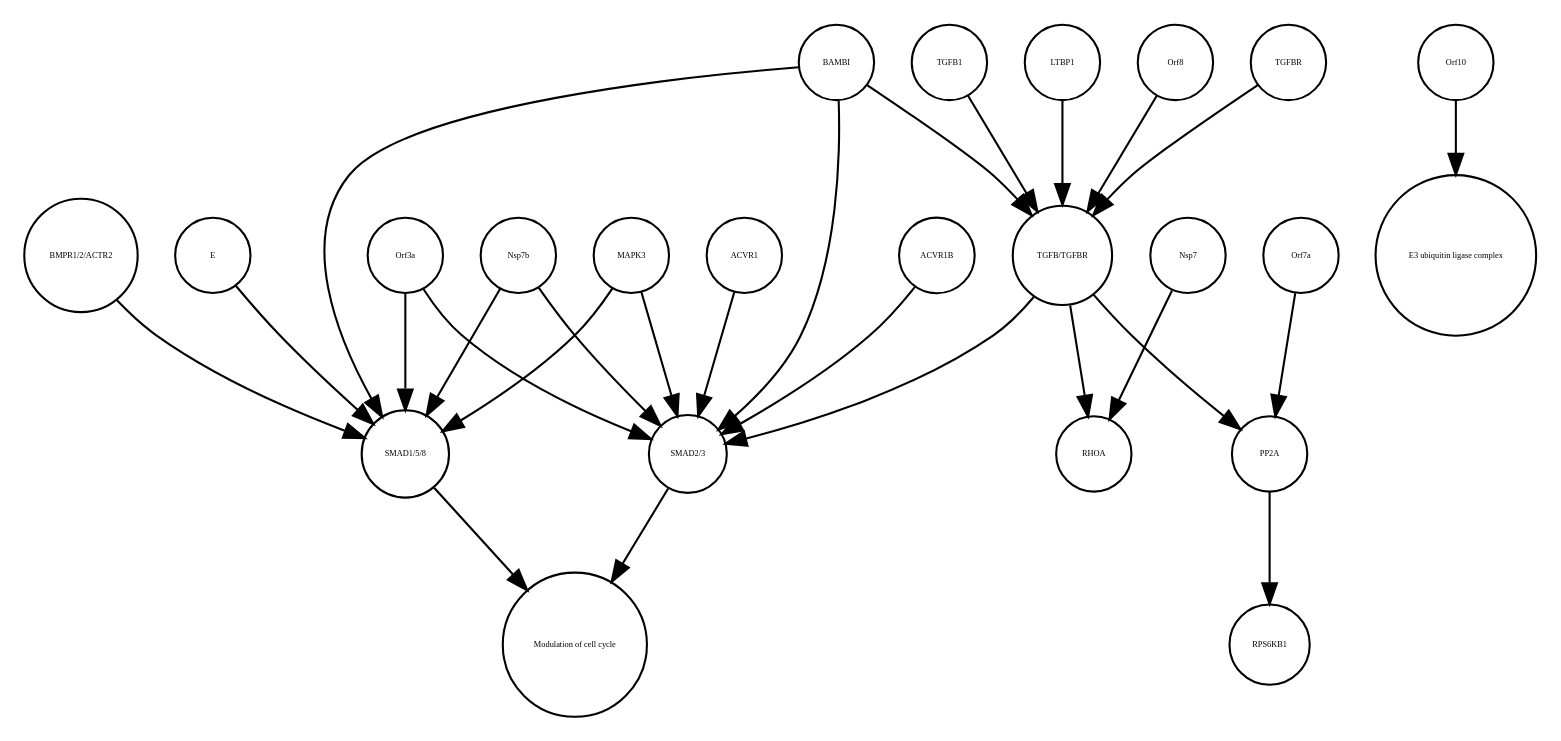
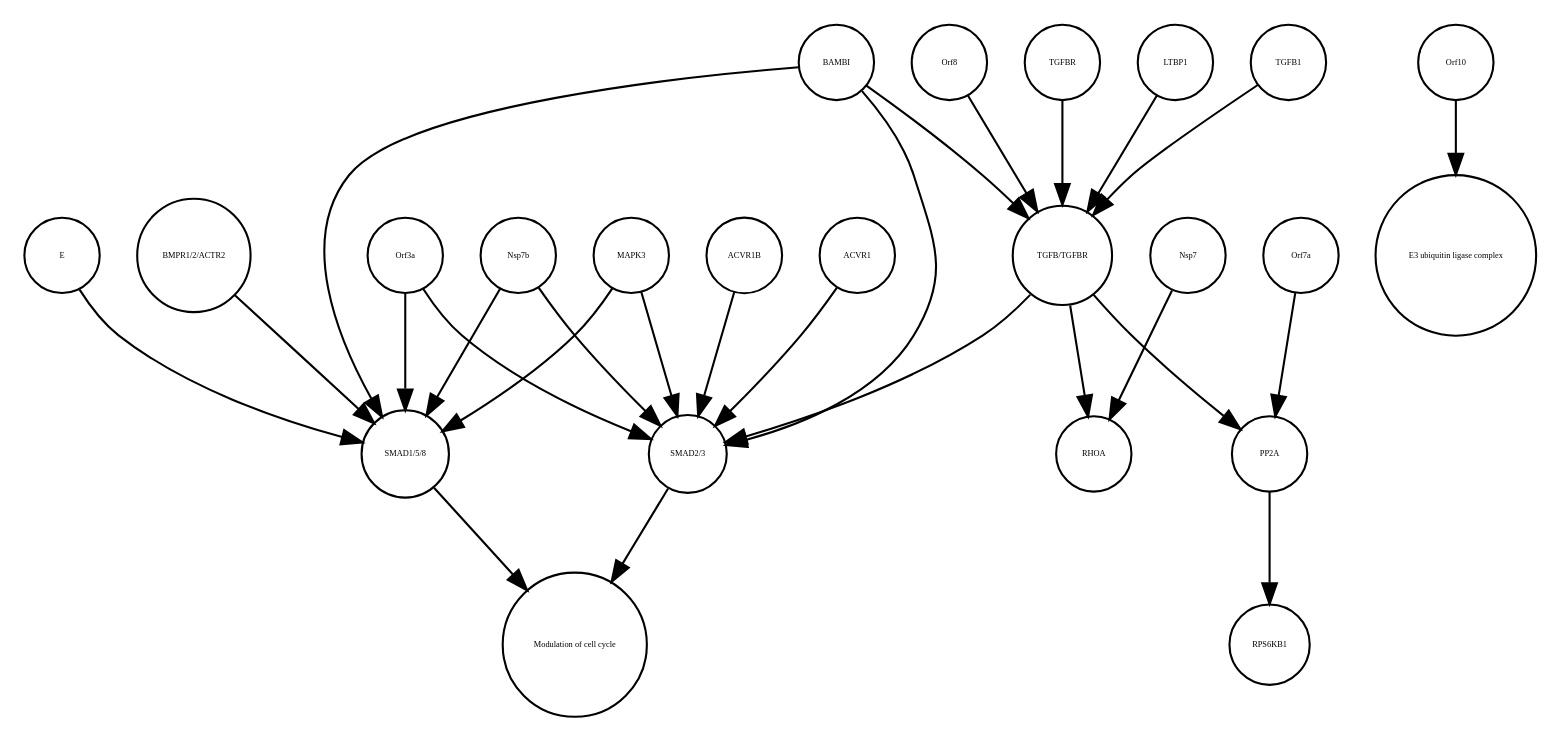
One commit to cannin/covid19-sbgn changed the diagram in TGFB_pathway_stable.xml_projected.dot. Above: the diagram before and after it, drawn with Graphviz. The commit also changed other lines of this file and 637 other files, not shown here.

```diff
--- a/TGFB_pathway_stable.xml_projected.dot
+++ b/TGFB_pathway_stable.xml_projected.dot
@@ -1,51 +1,51 @@
 strict digraph  {
 "SMAD1/5/8" [annotation="", bipartite=0, cls=complex, fontsize=4, label="SMAD1/5/8", shape=circle];
 "Modulation of cell cycle" [annotation="urn_miriam_obo.go_GO%3A0000074", bipartite=0, cls=phenotype, fontsize=4, label="Modulation of cell cycle", shape=circle];
 "SMAD2/3" [annotation="", bipartite=0, cls=complex, fontsize=4, label="SMAD2/3", shape=circle];
+Orf7a [annotation=urn_miriam_uniprot_P59635, bipartite=0, cls=macromolecule, fontsize=4, label=Orf7a, shape=circle];
+Orf3a [annotation=urn_miriam_uniprot_P59632, bipartite=0, cls=macromolecule, fontsize=4, label=Orf3a, shape=circle];
+E [annotation=urn_miriam_uniprot_P59637, bipartite=0, cls=macromolecule, fontsize=4, label=E, shape=circle];
+Orf10 [annotation=urn_miriam_ncbiprotein_BCD58762, bipartite=0, cls=macromolecule, fontsize=4, label=Orf10, shape=circle];
+RHOA [annotation="", bipartite=0, cls=macromolecule, fontsize=4, label=RHOA, shape=circle];
+Nsp7b [annotation=urn_miriam_uniprot_Q7TFA1, bipartite=0, cls=macromolecule, fontsize=4, label=Nsp7b, shape=circle];
+MAPK3 [annotation="", bipartite=0, cls=macromolecule, fontsize=4, label=MAPK3, shape=circle];
+ACVR1B [annotation="", bipartite=0, cls=macromolecule, fontsize=4, label=ACVR1B, shape=circle];
 "BMPR1/2/ACTR2" [annotation="", bipartite=0, cls=complex, fontsize=4, label="BMPR1/2/ACTR2", shape=circle];
-Orf10 [annotation=urn_miriam_ncbiprotein_BCD58762, bipartite=0, cls=macromolecule, fontsize=4, label=Orf10, shape=circle];
+TGFBR [annotation="", bipartite=0, cls=complex, fontsize=4, label=TGFBR, shape=circle];
+Nsp7 [annotation=urn_miriam_uniprot_Q7TFA1, bipartite=0, cls=macromolecule, fontsize=4, label=Nsp7, shape=circle];
+LTBP1 [annotation="", bipartite=0, cls=macromolecule, fontsize=4, label=LTBP1, shape=circle];
+TGFB1 [annotation="", bipartite=0, cls=macromolecule, fontsize=4, label=TGFB1, shape=circle];
 ACVR1 [annotation="", bipartite=0, cls=macromolecule, fontsize=4, label=ACVR1, shape=circle];
+RPS6KB1 [annotation="", bipartite=0, cls=macromolecule, fontsize=4, label=RPS6KB1, shape=circle];
 "TGFB/TGFBR" [annotation="", bipartite=0, cls=complex, fontsize=4, label="TGFB/TGFBR", shape=circle];
-RHOA [annotation="", bipartite=0, cls=macromolecule, fontsize=4, label=RHOA, shape=circle];
-Orf3a [annotation=urn_miriam_uniprot_P59632, bipartite=0, cls=macromolecule, fontsize=4, label=Orf3a, shape=circle];
-Nsp7b [annotation=urn_miriam_uniprot_Q7TFA1, bipartite=0, cls=macromolecule, fontsize=4, label=Nsp7b, shape=circle];
-LTBP1 [annotation="", bipartite=0, cls=macromolecule, fontsize=4, label=LTBP1, shape=circle];
-MAPK3 [annotation="", bipartite=0, cls=macromolecule, fontsize=4, label=MAPK3, shape=circle];
+BAMBI [annotation="", bipartite=0, cls=macromolecule, fontsize=4, label=BAMBI, shape=circle];
+PP2A [annotation="", bipartite=0, cls=complex, fontsize=4, label=PP2A, shape=circle];
 Orf8 [annotation="urn_miriam_uniprot_Q80H93|urn_miriam_uniprot_Q7TFA0", bipartite=0, cls=macromolecule, fontsize=4, label=Orf8, shape=circle];
-Orf7a [annotation=urn_miriam_uniprot_P59635, bipartite=0, cls=macromolecule, fontsize=4, label=Orf7a, shape=circle];
-E [annotation=urn_miriam_uniprot_P59637, bipartite=0, cls=macromolecule, fontsize=4, label=E, shape=circle];
-BAMBI [annotation="", bipartite=0, cls=macromolecule, fontsize=4, label=BAMBI, shape=circle];
-TGFBR [annotation="", bipartite=0, cls=complex, fontsize=4, label=TGFBR, shape=circle];
-ACVR1B [annotation="", bipartite=0, cls=macromolecule, fontsize=4, label=ACVR1B, shape=circle];
-TGFB1 [annotation="", bipartite=0, cls=macromolecule, fontsize=4, label=TGFB1, shape=circle];
-Nsp7 [annotation=urn_miriam_uniprot_Q7TFA1, bipartite=0, cls=macromolecule, fontsize=4, label=Nsp7, shape=circle];
 "E3 ubiquitin ligase complex" [annotation="", bipartite=0, cls=complex, fontsize=4, label="E3 ubiquitin ligase complex", shape=circle];
-RPS6KB1 [annotation="", bipartite=0, cls=macromolecule, fontsize=4, label=RPS6KB1, shape=circle];
-PP2A [annotation="", bipartite=0, cls=complex, fontsize=4, label=PP2A, shape=circle];
 "SMAD1/5/8" -> "Modulation of cell cycle"  [annotation="", interaction_type=stimulation];
 "SMAD2/3" -> "Modulation of cell cycle"  [annotation="", interaction_type=stimulation];
+Orf7a -> PP2A  [annotation="urn_miriam_doi_10.1101%2F2020.03.31.019216", interaction_type=stimulation];
+Orf3a -> "SMAD1/5/8"  [annotation="urn_miriam_doi_10.1101%2F2020.06.17.156455", interaction_type=stimulation];
+Orf3a -> "SMAD2/3"  [annotation="urn_miriam_doi_10.1101%2F2020.06.17.156455", interaction_type=stimulation];
+E -> "SMAD1/5/8"  [annotation="urn_miriam_doi_10.1101%2F2020.06.17.156455", interaction_type=stimulation];
+Orf10 -> "E3 ubiquitin ligase complex"  [annotation="", interaction_type=production];
+Nsp7b -> "SMAD1/5/8"  [annotation="urn_miriam_doi_10.1101%2F2020.06.17.156455", interaction_type=stimulation];
+Nsp7b -> "SMAD2/3"  [annotation="urn_miriam_doi_10.1101%2F2020.06.17.156455", interaction_type=stimulation];
+MAPK3 -> "SMAD1/5/8"  [annotation="urn_miriam_doi_10.1101%2F2020.06.17.156455", interaction_type=inhibition];
+MAPK3 -> "SMAD2/3"  [annotation="urn_miriam_doi_10.1101%2F2020.06.17.156455", interaction_type=inhibition];
+ACVR1B -> "SMAD2/3"  [annotation="urn_miriam_doi_10.1101%2F2020.06.17.156455", interaction_type=catalysis];
 "BMPR1/2/ACTR2" -> "SMAD1/5/8"  [annotation="urn_miriam_doi_10.1101%2F2020.06.17.156455", interaction_type=catalysis];
-Orf10 -> "E3 ubiquitin ligase complex"  [annotation="", interaction_type=production];
+TGFBR -> "TGFB/TGFBR"  [annotation="", interaction_type=production];
+Nsp7 -> RHOA  [annotation="urn_miriam_doi_10.1101%2F2020.06.17.156455", interaction_type=stimulation];
+LTBP1 -> "TGFB/TGFBR"  [annotation="urn_miriam_doi_10.1101%2F2020.06.17.156455", interaction_type=inhibition];
+TGFB1 -> "TGFB/TGFBR"  [annotation="", interaction_type=production];
 ACVR1 -> "SMAD2/3"  [annotation="urn_miriam_doi_10.1101%2F2020.06.17.156455", interaction_type=catalysis];
+"TGFB/TGFBR" -> RHOA  [annotation="urn_miriam_doi_10.1101%2F2020.06.17.156455", interaction_type=stimulation];
 "TGFB/TGFBR" -> PP2A  [annotation="urn_miriam_doi_10.1101%2F2020.03.31.019216", interaction_type=stimulation];
 "TGFB/TGFBR" -> "SMAD2/3"  [annotation="urn_miriam_doi_10.1101%2F2020.06.17.156455", interaction_type=stimulation];
-"TGFB/TGFBR" -> RHOA  [annotation="urn_miriam_doi_10.1101%2F2020.06.17.156455", interaction_type=stimulation];
-Orf3a -> "SMAD2/3"  [annotation="urn_miriam_doi_10.1101%2F2020.06.17.156455", interaction_type=stimulation];
-Orf3a -> "SMAD1/5/8"  [annotation="urn_miriam_doi_10.1101%2F2020.06.17.156455", interaction_type=stimulation];
-Nsp7b -> "SMAD2/3"  [annotation="urn_miriam_doi_10.1101%2F2020.06.17.156455", interaction_type=stimulation];
-Nsp7b -> "SMAD1/5/8"  [annotation="urn_miriam_doi_10.1101%2F2020.06.17.156455", interaction_type=stimulation];
-LTBP1 -> "TGFB/TGFBR"  [annotation="urn_miriam_doi_10.1101%2F2020.06.17.156455", interaction_type=inhibition];
-MAPK3 -> "SMAD2/3"  [annotation="urn_miriam_doi_10.1101%2F2020.06.17.156455", interaction_type=inhibition];
-MAPK3 -> "SMAD1/5/8"  [annotation="urn_miriam_doi_10.1101%2F2020.06.17.156455", interaction_type=inhibition];
-Orf8 -> "TGFB/TGFBR"  [annotation="urn_miriam_doi_10.1101%2F2020.06.17.156455", interaction_type=stimulation];
-Orf7a -> PP2A  [annotation="urn_miriam_doi_10.1101%2F2020.03.31.019216", interaction_type=stimulation];
-E -> "SMAD1/5/8"  [annotation="urn_miriam_doi_10.1101%2F2020.06.17.156455", interaction_type=stimulation];
-BAMBI -> "SMAD2/3"  [annotation="urn_miriam_doi_10.1101%2F2020.06.17.156455", interaction_type=inhibition];
 BAMBI -> "TGFB/TGFBR"  [annotation="urn_miriam_doi_10.1101%2F2020.06.17.156455", interaction_type=inhibition];
 BAMBI -> "SMAD1/5/8"  [annotation="urn_miriam_doi_10.1101%2F2020.06.17.156455", interaction_type=inhibition];
-TGFBR -> "TGFB/TGFBR"  [annotation="", interaction_type=production];
-ACVR1B -> "SMAD2/3"  [annotation="urn_miriam_doi_10.1101%2F2020.06.17.156455", interaction_type=catalysis];
-TGFB1 -> "TGFB/TGFBR"  [annotation="", interaction_type=production];
-Nsp7 -> RHOA  [annotation="urn_miriam_doi_10.1101%2F2020.06.17.156455", interaction_type=stimulation];
+BAMBI -> "SMAD2/3"  [annotation="urn_miriam_doi_10.1101%2F2020.06.17.156455", interaction_type=inhibition];
 PP2A -> RPS6KB1  [annotation="", interaction_type=catalysis];
+Orf8 -> "TGFB/TGFBR"  [annotation="urn_miriam_doi_10.1101%2F2020.06.17.156455", interaction_type=stimulation];
 }
```
